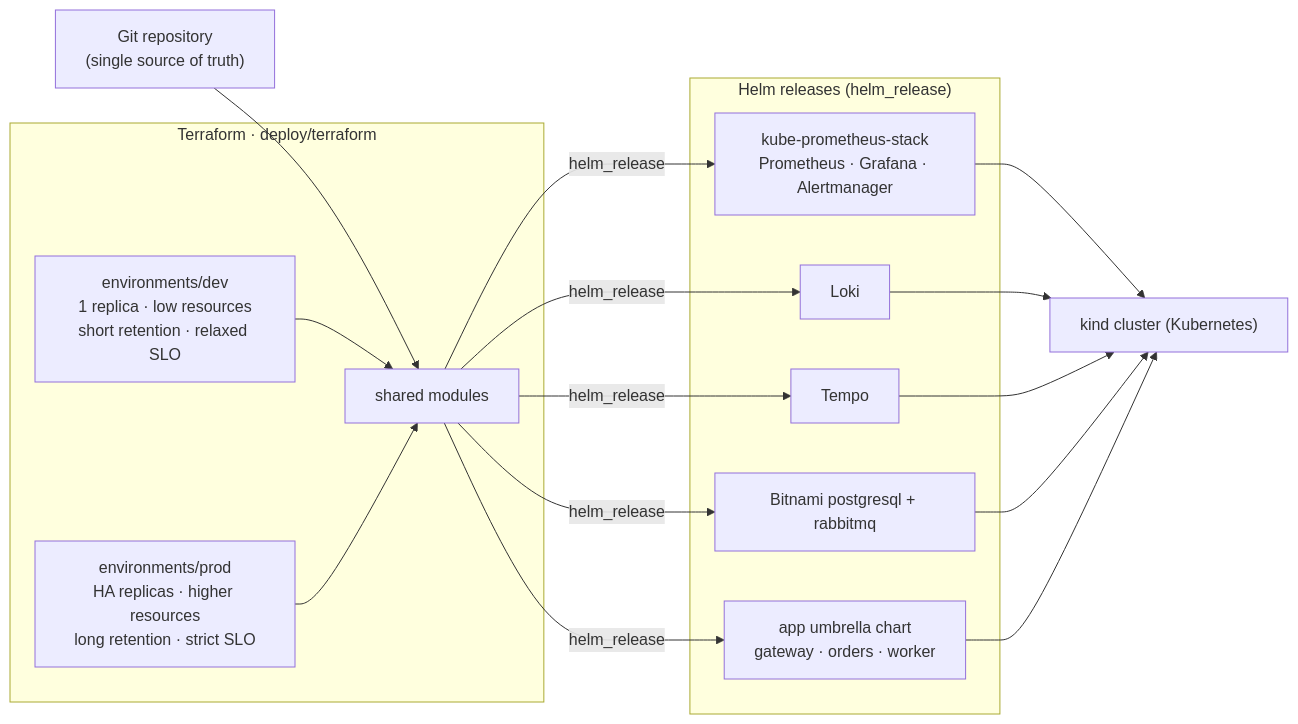
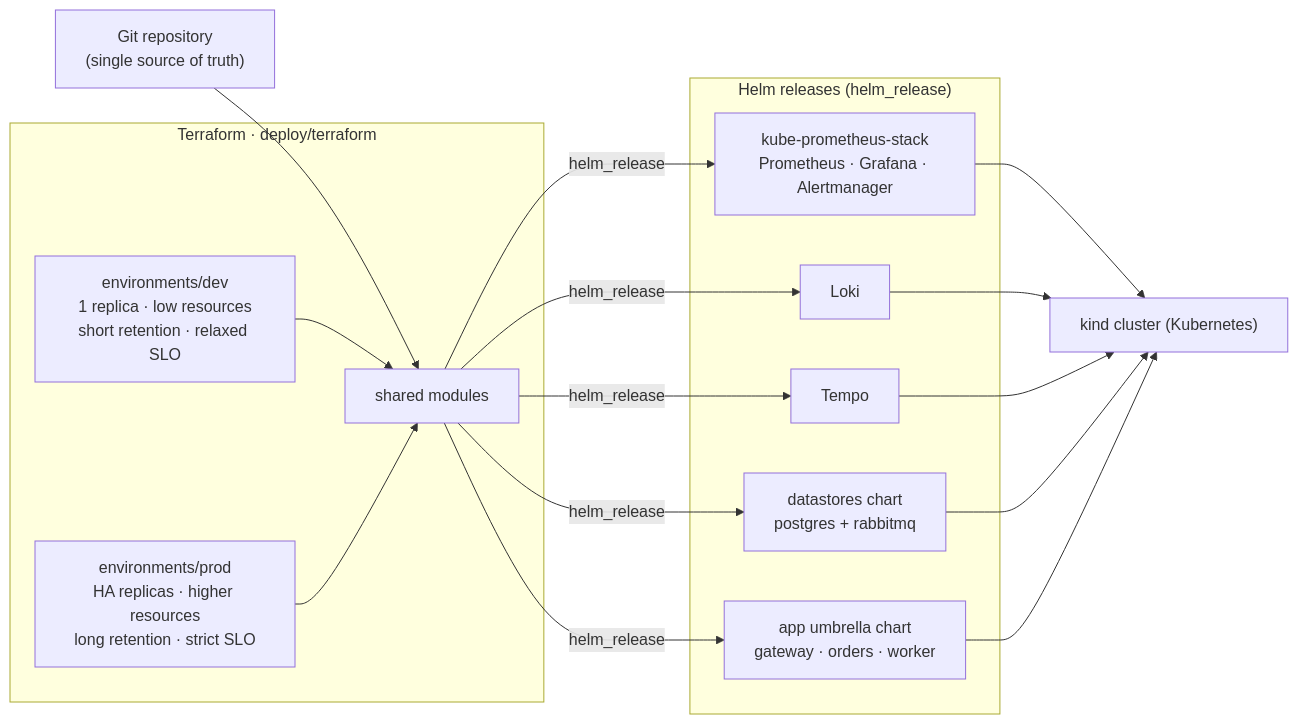
One commit to MarkAndrewKamau/Observability-Lab changed the third of 3 diagrams in README.md. Above: the diagram before and after it, drawn with Mermaid. The commit also changed other lines of this file and 28 other files, not shown here.

````diff
--- a/README.md
+++ b/README.md
@@ -164,26 +164,26 @@
 ```mermaid
 flowchart LR
     git["Git repository<br/>(single source of truth)"]
 
     subgraph tfroot["Terraform · deploy/terraform"]
         modules["shared modules"]
         dev["environments/dev<br/>1 replica · low resources<br/>short retention · relaxed SLO"]
         prod["environments/prod<br/>HA replicas · higher resources<br/>long retention · strict SLO"]
     end
 
     subgraph releases["Helm releases (helm_release)"]
         kps["kube-prometheus-stack<br/>Prometheus · Grafana · Alertmanager"]
         loki["Loki"]
         tempo["Tempo"]
-        infra["Bitnami postgresql + rabbitmq"]
+        infra["datastores chart<br/>postgres + rabbitmq"]
         appchart["app umbrella chart<br/>gateway · orders · worker"]
     end
 
     k8s["kind cluster (Kubernetes)"]
 
     git --> modules
     dev --> modules
     prod --> modules
     modules -->|helm_release| kps & loki & tempo & infra & appchart
     kps & loki & tempo & infra & appchart --> k8s
 ```
````
